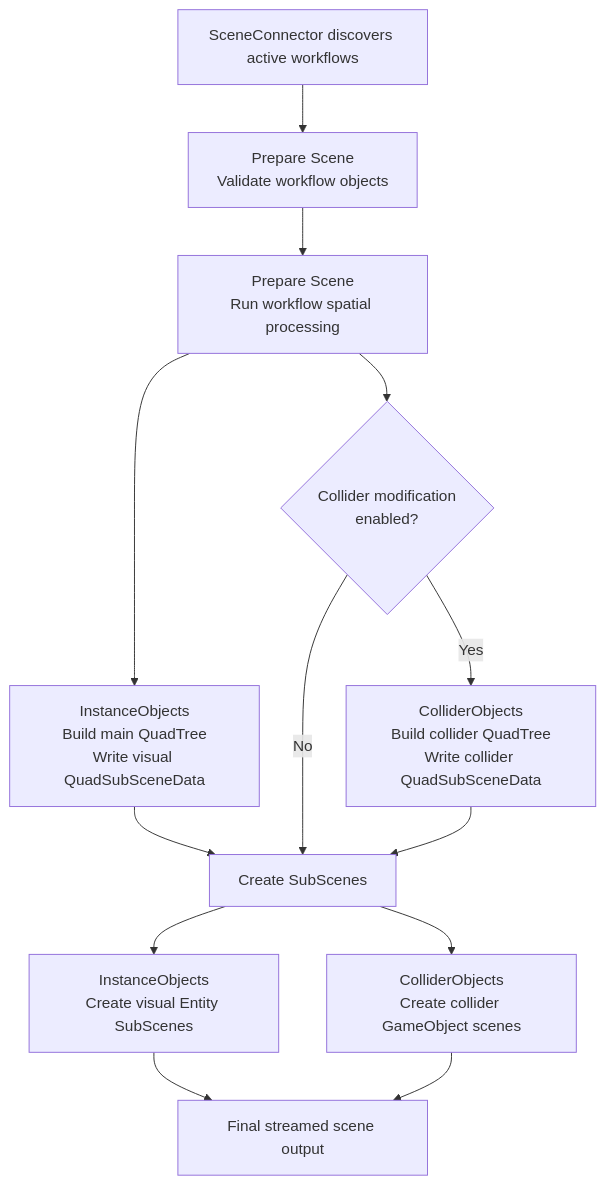
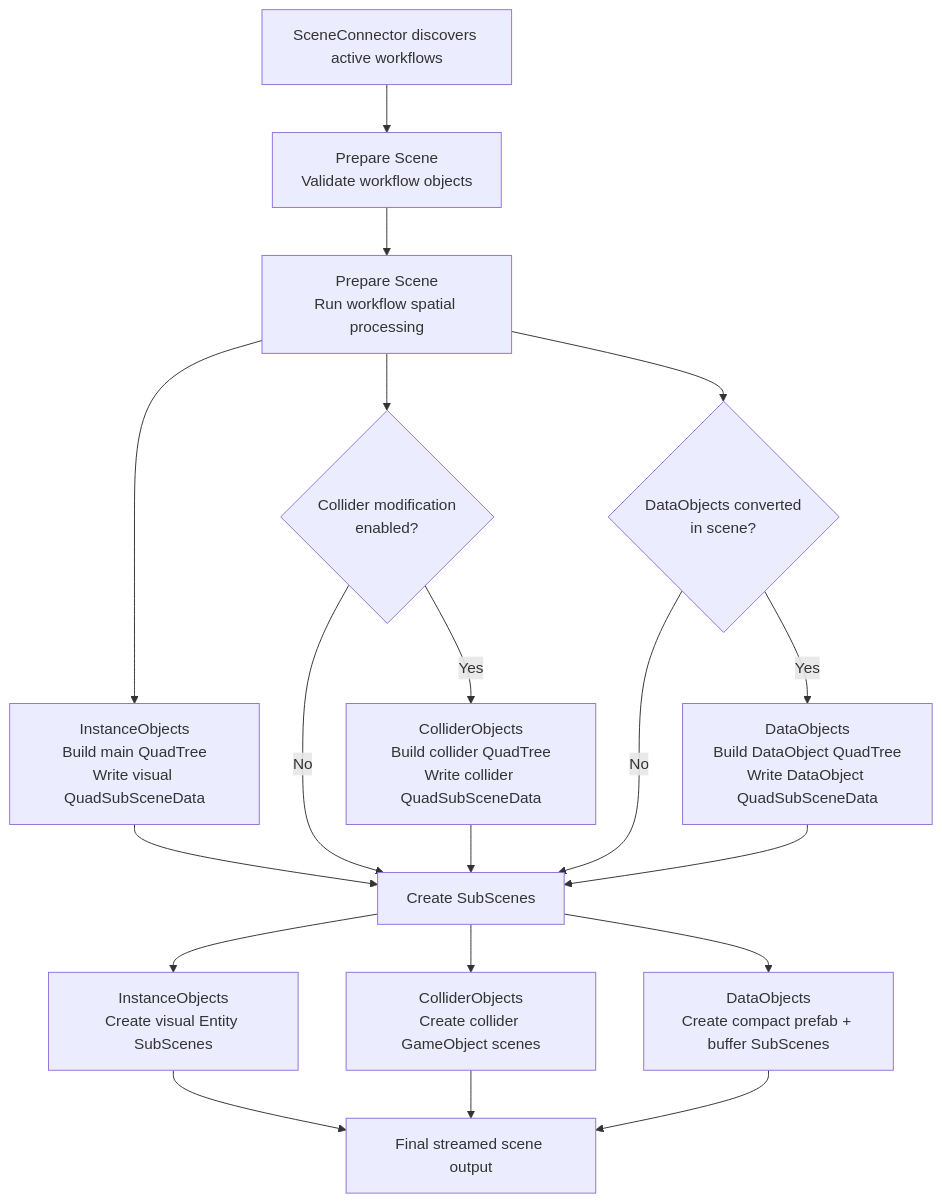
Before and after one commit to instance-id/ProStream: the diagram in docs/src/core-concepts/workflows.md, drawn with Mermaid. The commit also changed other lines of this file and 23 other files, not shown here.

Commit message:
Add DataObject docs

````diff
--- a/docs/src/core-concepts/workflows.md
+++ b/docs/src/core-concepts/workflows.md
@@ -54,15 +64,21 @@
 ```mermaid
 flowchart TD
    A[SceneConnector discovers active workflows] --> B[Prepare Scene\nValidate workflow objects]
    B --> C[Prepare Scene\nRun workflow spatial processing]
    C --> D[InstanceObjects\nBuild main QuadTree\nWrite visual QuadSubSceneData]
    C --> E{Collider modification\nenabled?}
    E -->|No| G[Create SubScenes]
    E -->|Yes| F[ColliderObjects\nBuild collider QuadTree\nWrite collider QuadSubSceneData]
+   C --> K{DataObjects converted\nin scene?}
+   K -->|No| G
+   K -->|Yes| L[DataObjects\nBuild DataObject QuadTree\nWrite DataObject QuadSubSceneData]
    D --> G
    F --> G
+   L --> G
    G --> H[InstanceObjects\nCreate visual Entity SubScenes]
    G --> I[ColliderObjects\nCreate collider GameObject scenes]
+   G --> M[DataObjects\nCreate compact prefab + buffer SubScenes]
    H --> J[Final streamed scene output]
    I --> J
+   M --> J
 ```
````
